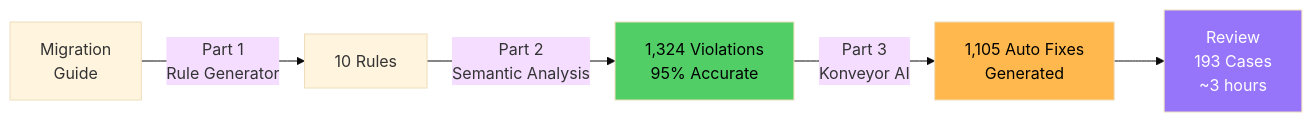
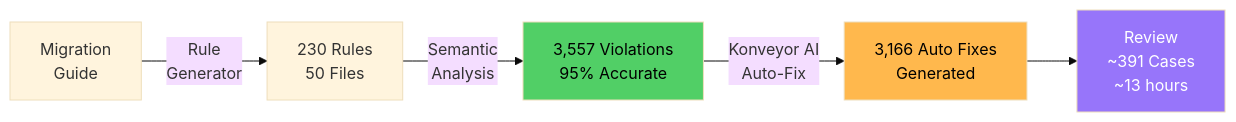
One commit to tsanders-rh/tsanders-rh.github.io changed the diagram in _drafts/automating-patternfly-fixes-konveyor-ai.md. Above: the diagram before and after it, drawn with Mermaid (base theme). The commit also changed other lines of this file and 11 other files, not shown here.

First line of the commit message:
Improve Part 3 article structure and add Konveyor AI workflow screenshots

```diff
--- a/_drafts/automating-patternfly-fixes-konveyor-ai.md
+++ b/_drafts/automating-patternfly-fixes-konveyor-ai.md
@@ -94,11 +72,11 @@
 <div class="mermaid">
 graph LR
-    A[Migration<br/>Guide] -->|Part 1<br/>Rule Generator| B[10 Rules]
-    B -->|Part 2<br/>Semantic Analysis| C[1,324 Violations<br/>95% Accurate]
-    C -->|Part 3<br/>Konveyor AI| D[1,105 Auto Fixes<br/>Generated]
-    D --> E[Review<br/>193 Cases<br/>~3 hours]
+    A[Migration<br/>Guide] -->|Rule<br/>Generator| B[230 Rules<br/>50 Files]
+    B -->|Semantic<br/>Analysis| C[3,557 Violations<br/>95% Accurate]
+    C -->|Konveyor AI<br/>Auto-Fix| D[3,166 Auto Fixes<br/>Generated]
+    D --> E[Review<br/>~391 Cases<br/>~13 hours]
 
     style C fill:#51cf66,color:#000
     style D fill:#ffb84d,color:#000
     style E fill:#9775fa,color:#fff
 </div>
```
